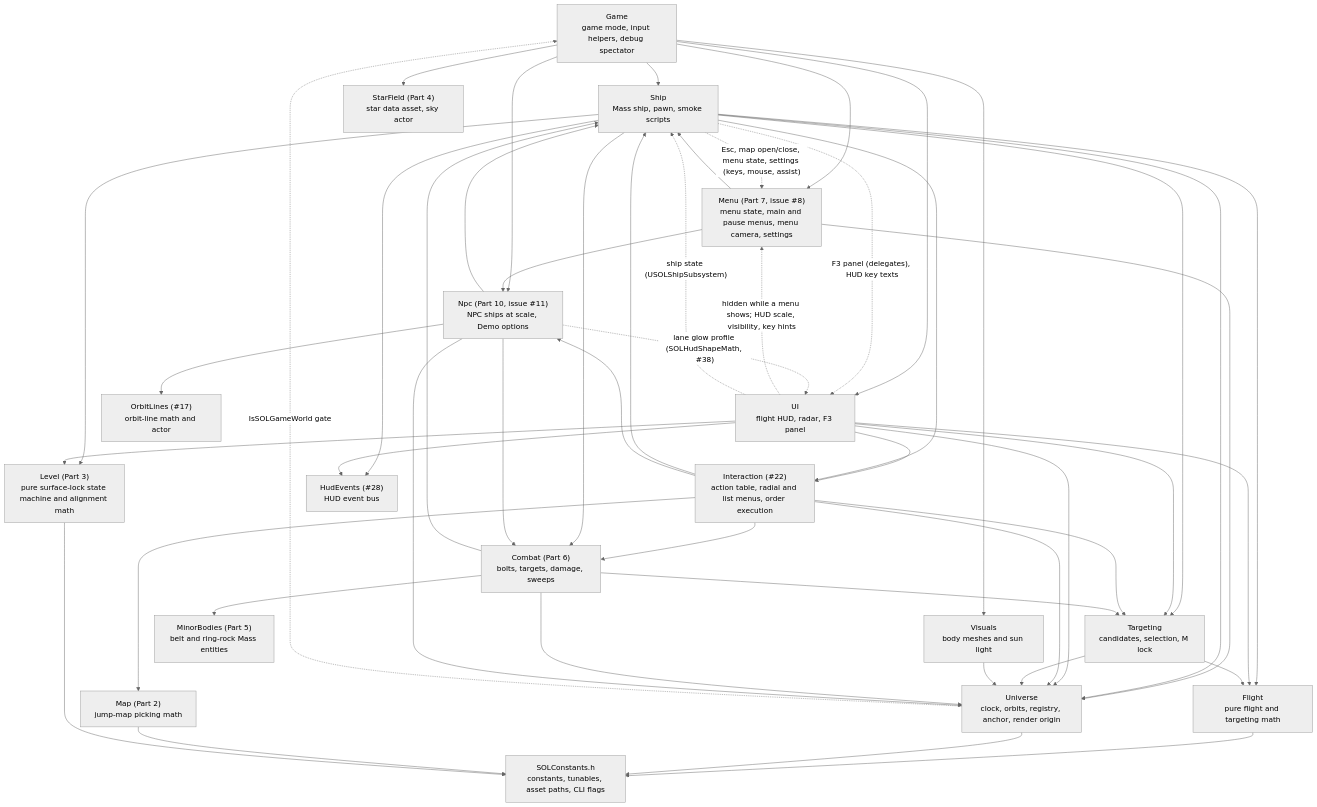
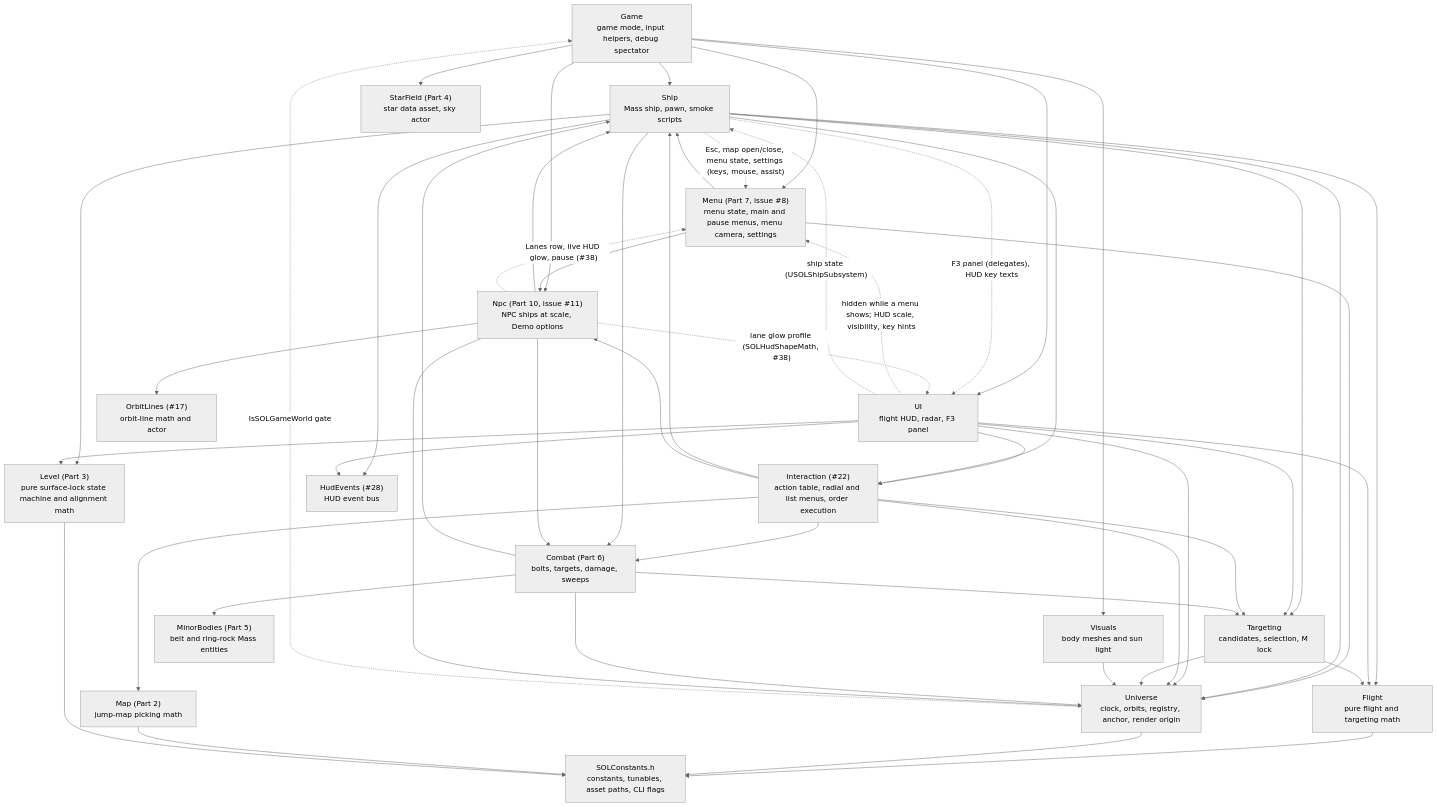
One commit to DieSlower/SOLTest changed the first of 4 diagrams in Docs/ARCHITECTURE.md. Above: the diagram before and after it, drawn with Mermaid (neutral theme). The commit also changed other lines of this file and 33 other files, not shown here.

````diff
--- a/Docs/ARCHITECTURE.md
+++ b/Docs/ARCHITECTURE.md
@@ -27,69 +27,70 @@
 ```mermaid
 flowchart TD
     Game["Game<br/>game mode, input helpers, debug spectator"]
     Menu["Menu (Part 7, issue #8)<br/>menu state, main and pause menus, menu camera, settings"]
     Ship["Ship<br/>Mass ship, pawn, smoke scripts"]
     UI["UI<br/>flight HUD, radar, F3 panel"]
     Targeting["Targeting<br/>candidates, selection, M lock"]
     Interaction["Interaction (#22)<br/>action table, radial and list menus, order execution"]
     Visuals["Visuals<br/>body meshes and sun light"]
     StarField["StarField (Part 4)<br/>star data asset, sky actor"]
     Map["Map (Part 2)<br/>jump-map picking math"]
     Combat["Combat (Part 6)<br/>bolts, targets, damage, sweeps"]
     MinorBodies["MinorBodies (Part 5)<br/>belt and ring-rock Mass entities"]
     Npc["Npc (Part 10, issue #11)<br/>NPC ships at scale, Demo options"]
     Level["Level (Part 3)<br/>pure surface-lock state machine and alignment math"]
     Flight["Flight<br/>pure flight and targeting math"]
     Universe["Universe<br/>clock, orbits, registry, anchor, render origin"]
     Const["SOLConstants.h<br/>constants, tunables, asset paths, CLI flags"]
 
     Game --> Ship
     Game --> Menu
     Menu --> Ship
     Menu --> Universe
     Ship -. "Esc, map open/close, menu state, settings (keys, mouse, assist)" .-> Menu
     UI -. "hidden while a menu shows; HUD scale, visibility, key hints" .-> Menu
     Game --> UI
     Game --> Visuals
     Game --> StarField
     Ship --> Targeting
     Ship --> Flight
     Ship --> Level
     UI --> Level
     Ship --> Universe
     Ship -. "F3 panel (delegates), HUD key texts" .-> UI
     UI -. "ship state (USOLShipSubsystem)" .-> Ship
     Ship --> HudEvents["HudEvents (#28)<br/>HUD event bus"]
     UI --> HudEvents
     UI --> Targeting
     UI --> Universe
     UI --> Flight
     UI --> Interaction
     Ship --> Interaction
     Interaction --> Targeting
     Interaction --> Ship
     Interaction --> Map
     Interaction --> Combat
     Interaction --> Npc
     Interaction --> Universe
     Targeting --> Flight
     Targeting --> Universe
     Visuals --> Universe
     Ship --> Combat
     Combat --> Ship
     Combat --> Targeting
     Combat --> MinorBodies
     Combat --> Universe
     Game --> Npc
     Menu --> Npc
     Npc --> Universe
     Npc --> Ship
     Npc --> Combat
     Npc -. "lane glow profile (SOLHudShapeMath, #38)" .-> UI
+    Npc -. "Lanes row, live HUD glow, pause (#38)" .-> Menu
     Npc --> OrbitLines["OrbitLines (#17)<br/>orbit-line math and actor"]
     Universe -. "IsSOLGameWorld gate" .-> Game
     Flight --> Const
     Universe --> Const
     Map --> Const
     Level --> Const
 ```
````
